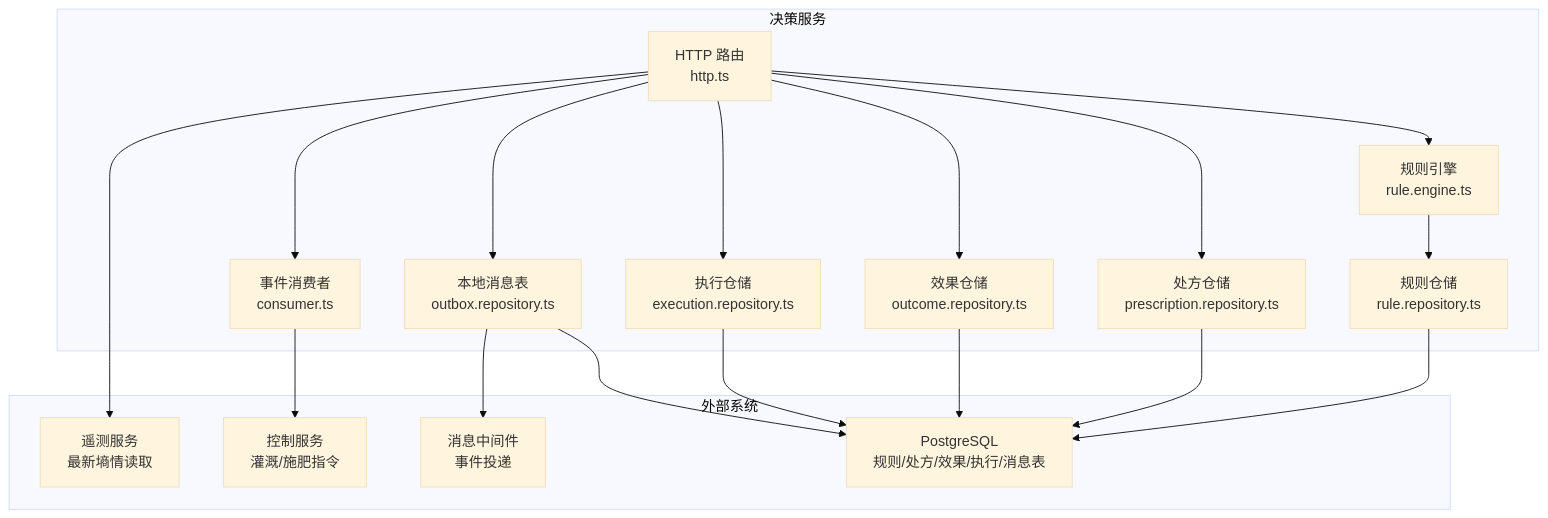
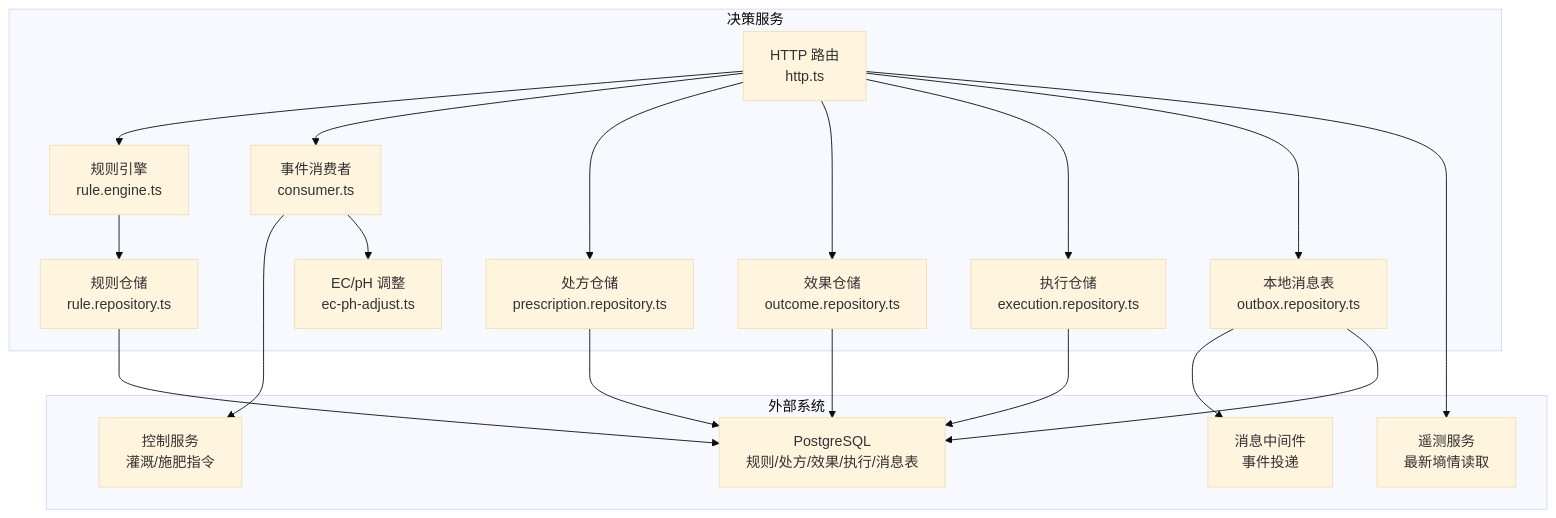
Before and after one commit to q446328246/agri-platform: the first of 15 diagrams in .qoder/repowiki/zh/content/核心服务文档/智能决策服务/智能决策服务.md, drawn with Mermaid (base theme). The commit also changed other lines of this file and 46 other files, not shown here.

````diff
--- a/.qoder/repowiki/zh/content/核心服务文档/智能决策服务/智能决策服务.md
+++ b/.qoder/repowiki/zh/content/核心服务文档/智能决策服务/智能决策服务.md
@@ -55,34 +59,36 @@
 ```mermaid
 graph TB
 subgraph "决策服务"
 HTTP["HTTP 路由<br/>http.ts"]
 Engine["规则引擎<br/>rule.engine.ts"]
 RuleRepo["规则仓储<br/>rule.repository.ts"]
 PrescRepo["处方仓储<br/>prescription.repository.ts"]
 OutcomeRepo["效果仓储<br/>outcome.repository.ts"]
 Consumer["事件消费者<br/>consumer.ts"]
 ExecRepo["执行仓储<br/>execution.repository.ts"]
 Outbox["本地消息表<br/>outbox.repository.ts"]
+ECPhAdjust["EC/pH 调整<br/>ec-ph-adjust.ts"]
 end
 subgraph "外部系统"
 Telemetry["遥测服务<br/>最新墒情读取"]
 Control["控制服务<br/>灌溉/施肥指令"]
 MQ["消息中间件<br/>事件投递"]
 DB["PostgreSQL<br/>规则/处方/效果/执行/消息表"]
 end
 HTTP --> Engine
 HTTP --> Consumer
 Engine --> RuleRepo
 HTTP --> PrescRepo
 HTTP --> OutcomeRepo
 HTTP --> ExecRepo
 HTTP --> Outbox
 HTTP --> Telemetry
 Consumer --> Control
+Consumer --> ECPhAdjust
 Outbox --> MQ
 RuleRepo --> DB
 PrescRepo --> DB
 OutcomeRepo --> DB
 ExecRepo --> DB
 Outbox --> DB
 ```
````
